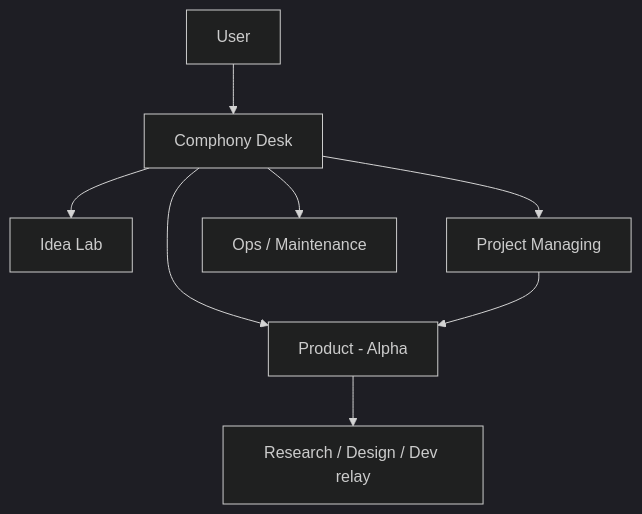
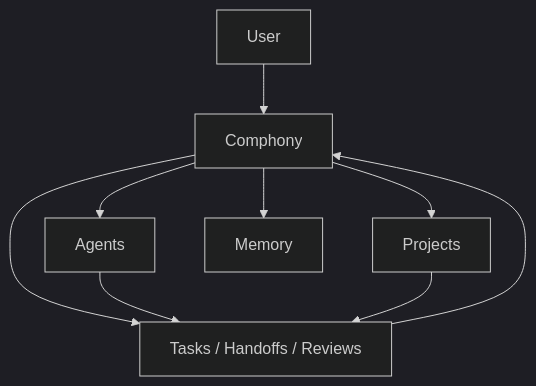
One commit to tahooki/comphony changed the second of 2 diagrams in README.md. Above: the diagram before and after it, drawn with Mermaid (dark theme). The commit also changed other lines of this file and 8 other files, not shown here.

Commit message:
Reframe Comphony product architecture docs

````diff
--- a/README.md
+++ b/README.md
@@ -68,10 +56,11 @@
 ```mermaid
 flowchart TD
-    U["User"] --> D["Comphony Desk"]
-    D --> I["Idea Lab"]
-    D --> P["Project Managing"]
-    D --> C["Product - Alpha"]
-    D --> O["Ops / Maintenance"]
-    P --> C
-    C --> E["Research / Design / Dev relay"]
+    U["User"] --> C["Comphony"]
+    C --> A["Agents"]
+    C --> P["Projects"]
+    C --> T["Tasks / Handoffs / Reviews"]
+    C --> M["Memory"]
+    A --> T
+    P --> T
+    T --> C
 ```
````
